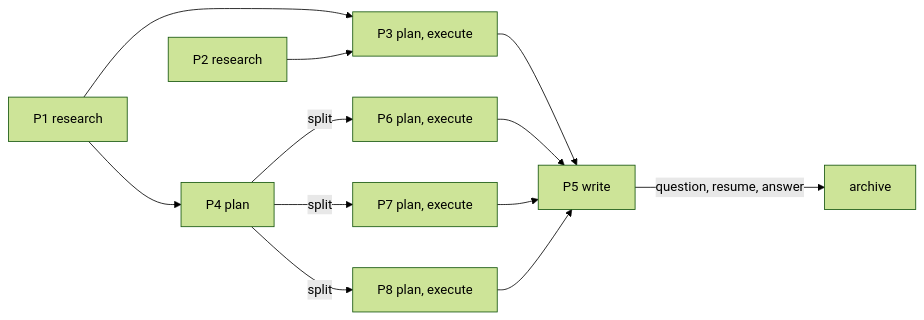
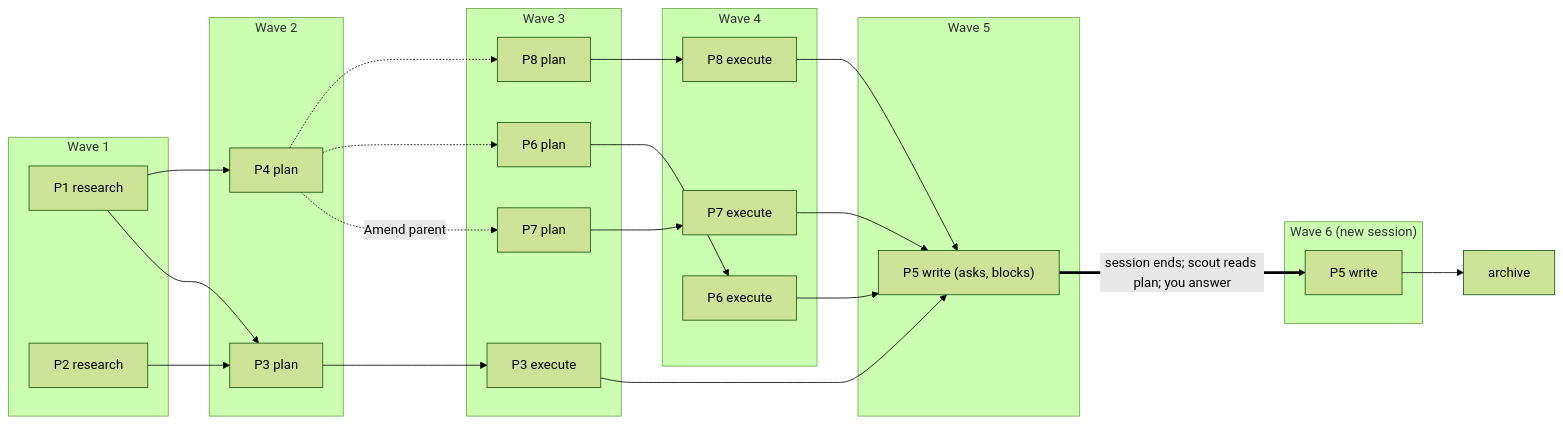
The third of 3 diagrams in README.md (sly2j/claude-supervisor), drawn with Mermaid (forest theme) before and after one commit. The commit also changed other lines of this file and 8 other files, not shown here.

````diff
--- a/README.md
+++ b/README.md
@@ -77,14 +101,38 @@
 ```mermaid
 flowchart LR
-  P1[P1 research] --> P3[P3 plan, execute]
-  P2[P2 research] --> P3
-  P1 --> P4[P4 plan]
-  P4 -- split --> P6[P6 plan, execute]
-  P4 -- split --> P7[P7 plan, execute]
-  P4 -- split --> P8[P8 plan, execute]
-  P3 --> P5[P5 write]
-  P6 --> P5
-  P7 --> P5
-  P8 --> P5
-  P5 -- question, resume, answer --> A[archive]
+  subgraph W1[Wave 1]
+    P1r[P1 research]
+    P2r[P2 research]
+  end
+  subgraph W2[Wave 2]
+    P3p[P3 plan]
+    P4p[P4 plan]
+  end
+  subgraph W3[Wave 3]
+    P3e[P3 execute]
+    P6p[P6 plan]
+    P7p[P7 plan]
+    P8p[P8 plan]
+  end
+  subgraph W4[Wave 4]
+    P6e[P6 execute]
+    P7e[P7 execute]
+    P8e[P8 execute]
+  end
+  subgraph W5[Wave 5]
+    P5q["P5 write (asks, blocks)"]
+  end
+  subgraph W6["Wave 6 (new session)"]
+    P5w[P5 write]
+  end
+  P1r & P2r --> P3p --> P3e
+  P1r --> P4p
+  P4p -.->|Amend parent| P7p
+  P4p -.-> P6p & P8p
+  P6p --> P6e
+  P7p --> P7e
+  P8p --> P8e
+  P3e & P6e & P7e & P8e --> P5q
+  P5q ==>|"session ends; scout reads plan; you answer"| P5w --> A[archive]
+  P3e ~~~ P6e
 ```
````
